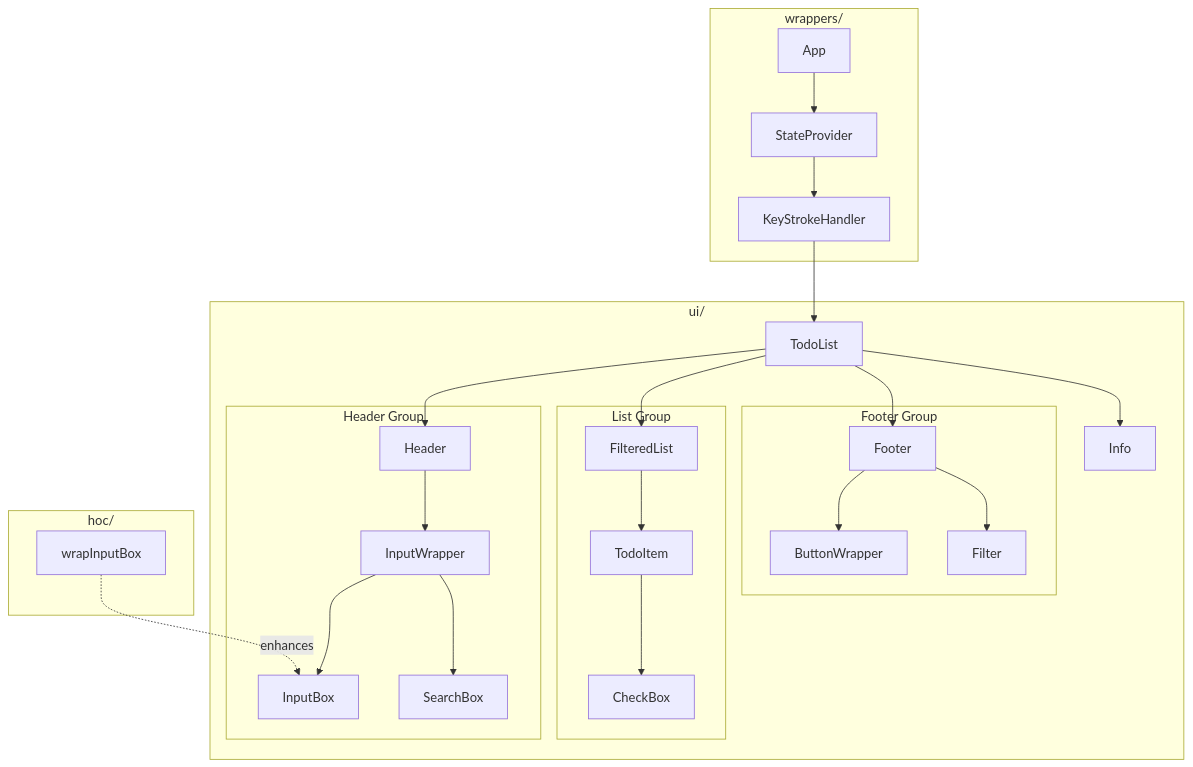
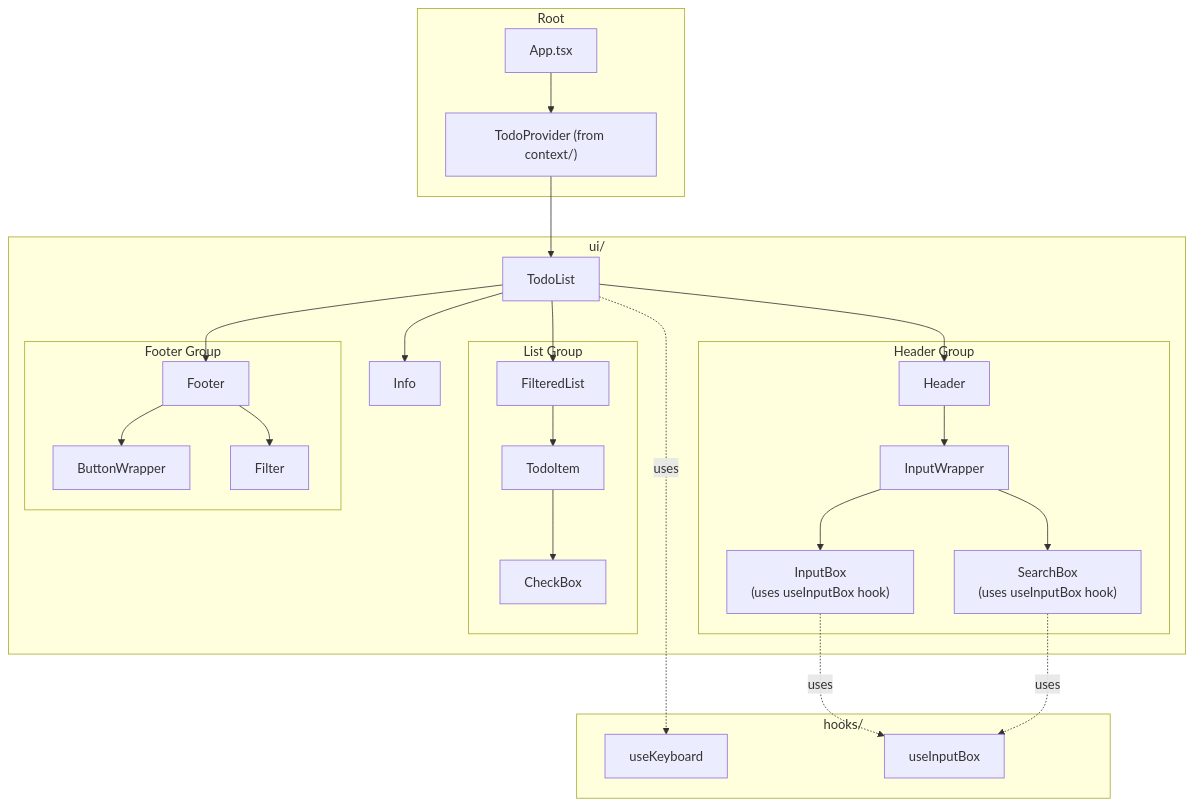
The diagram in src/components/README.md (hardik-blitzy/react-todo-app), drawn with Mermaid before and after one commit. The commit also changed other lines of this file, not shown here.

First line of the commit message:
docs: update components README.md for refactored architecture

````diff
--- a/src/components/README.md
+++ b/src/components/README.md
@@ -13,58 +13,60 @@
 ```mermaid
 flowchart TB
-    subgraph wrappers["wrappers/"]
-        APP["App"]
-        SP["StateProvider"]
-        KSH["KeyStrokeHandler"]
+    subgraph root["Root"]
+        APP["App.tsx"]
+        TP["TodoProvider (from context/)"]
     end
     
     subgraph ui["ui/"]
         TL["TodoList"]
         
         subgraph header_group["Header Group"]
             HDR["Header"]
             IW["InputWrapper"]
-            IB["InputBox"]
-            SB["SearchBox"]
+            IB["InputBox<br/>(uses useInputBox hook)"]
+            SB["SearchBox<br/>(uses useInputBox hook)"]
         end
         
         subgraph list_group["List Group"]
             FL["FilteredList"]
             TI["TodoItem"]
             CB["CheckBox"]
         end
         
         subgraph footer_group["Footer Group"]
             FTR["Footer"]
             BW["ButtonWrapper"]
             FLT["Filter"]
         end
         
         INFO["Info"]
     end
     
-    subgraph hoc["hoc/"]
-        HOC["wrapInputBox"]
+    subgraph hooks["hooks/"]
+        UK["useKeyboard"]
+        UIB["useInputBox"]
     end
     
-    APP --> SP
-    SP --> KSH
-    KSH --> TL
+    APP --> TP
+    TP --> TL
+    
+    TL -.->|uses| UK
     
     TL --> HDR
     TL --> FL
     TL --> FTR
     TL --> INFO
     
     HDR --> IW
     IW --> IB
     IW --> SB
     
+    IB -.->|uses| UIB
+    SB -.->|uses| UIB
+    
     FL --> TI
     TI --> CB
     
     FTR --> BW
     FTR --> FLT
-    
-    HOC -.->|enhances| IB
 ```
````
